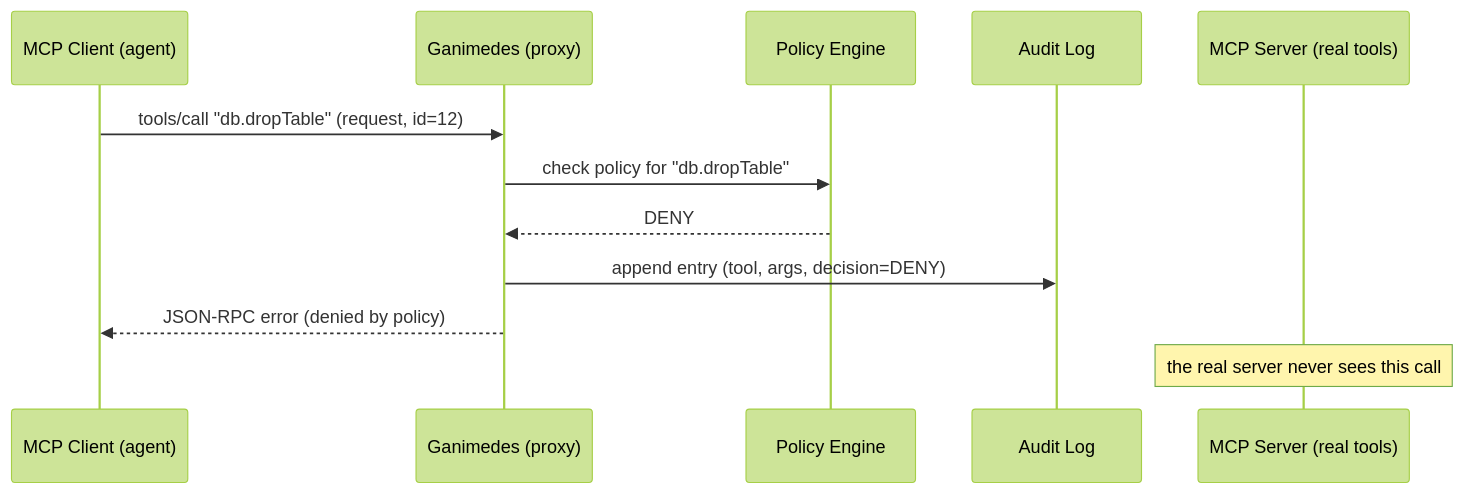
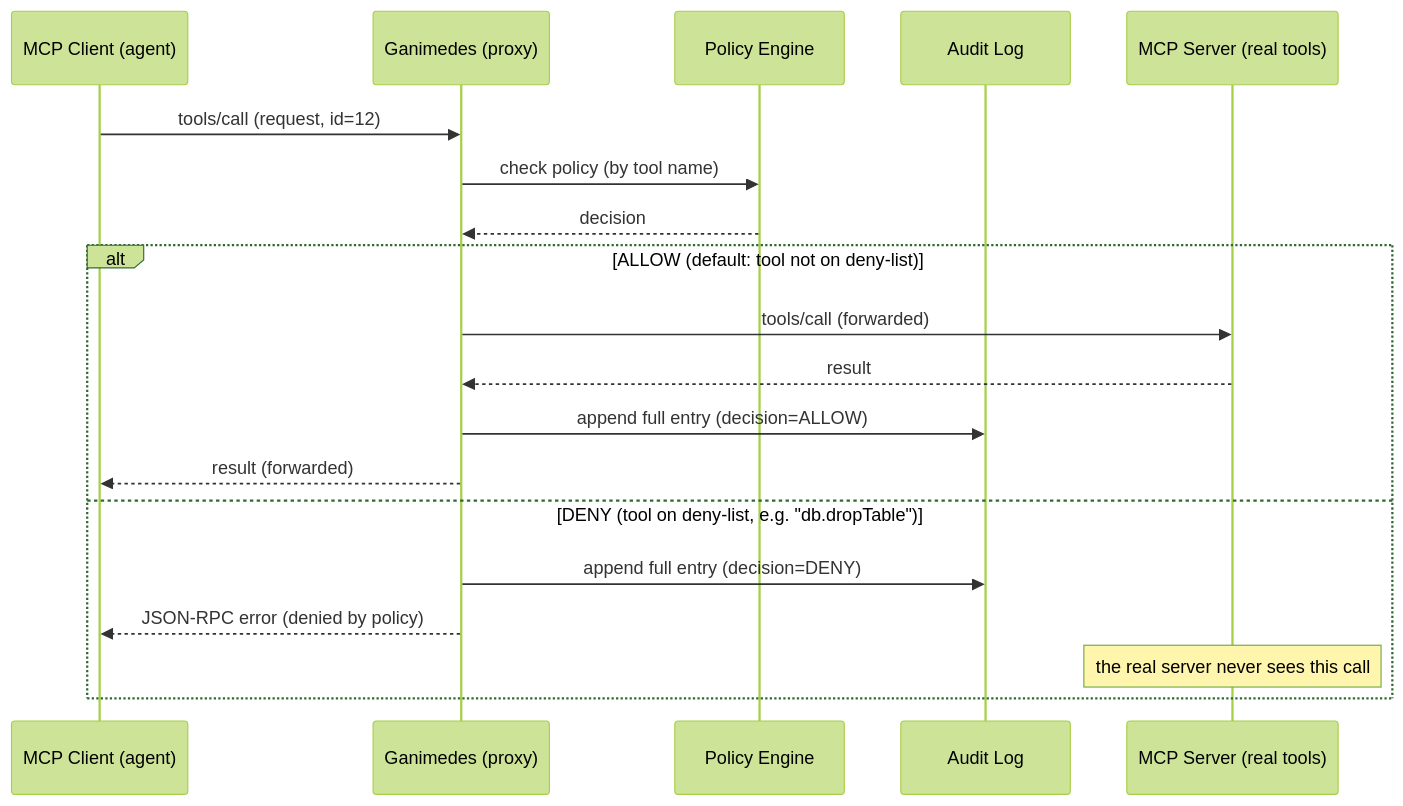
Before and after one commit to Jegoba90/Ganimedes-Project: the third of 4 diagrams in docs/SEQUENCES.md, drawn with Mermaid (forest theme). The commit also changed other lines of this file and 4 other files, not shown here.

````diff
--- a/docs/SEQUENCES.md
+++ b/docs/SEQUENCES.md
@@ -59,15 +71,23 @@
 ```mermaid
 sequenceDiagram
     participant C as MCP Client (agent)
     participant G as Ganimedes (proxy)
     participant P as Policy Engine
     participant A as Audit Log
     participant S as MCP Server (real tools)
 
-    C->>G: tools/call "db.dropTable" (request, id=12)
-    G->>P: check policy for "db.dropTable"
-    P-->>G: DENY
-    G->>A: append entry (tool, args, decision=DENY)
-    G-->>C: JSON-RPC error (denied by policy)
-    Note over S: the real server never sees this call
+    C->>G: tools/call (request, id=12)
+    G->>P: check policy (by tool name)
+    P-->>G: decision
+
+    alt ALLOW (default: tool not on deny-list)
+        G->>S: tools/call (forwarded)
+        S-->>G: result
+        G->>A: append full entry (decision=ALLOW)
+        G-->>C: result (forwarded)
+    else DENY (tool on deny-list, e.g. "db.dropTable")
+        G->>A: append full entry (decision=DENY)
+        G-->>C: JSON-RPC error (denied by policy)
+        Note over S: the real server never sees this call
+    end
 ```
````
